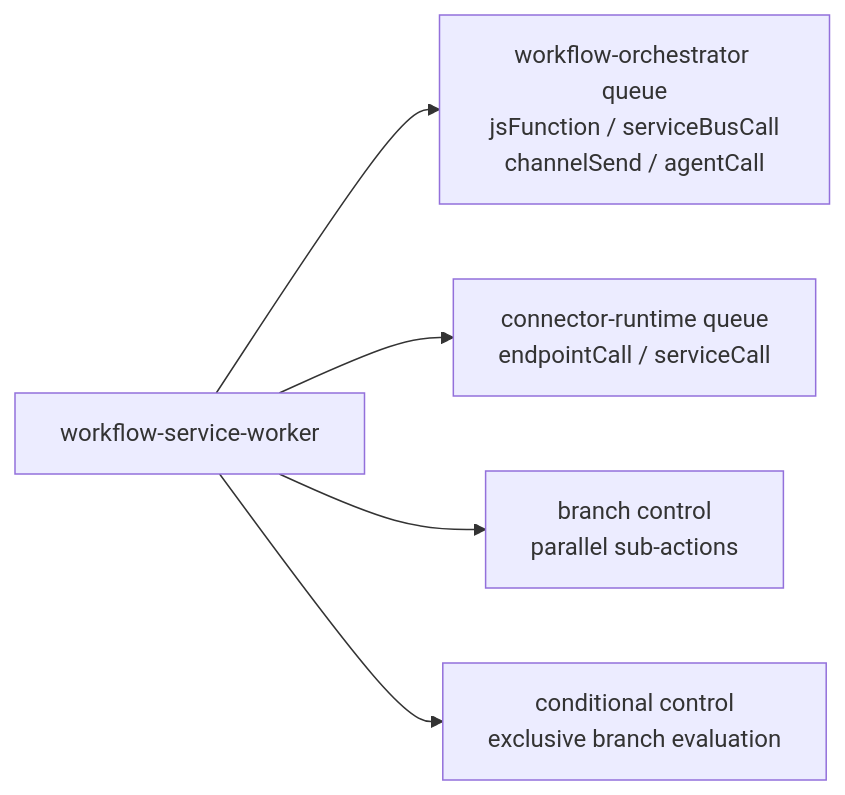
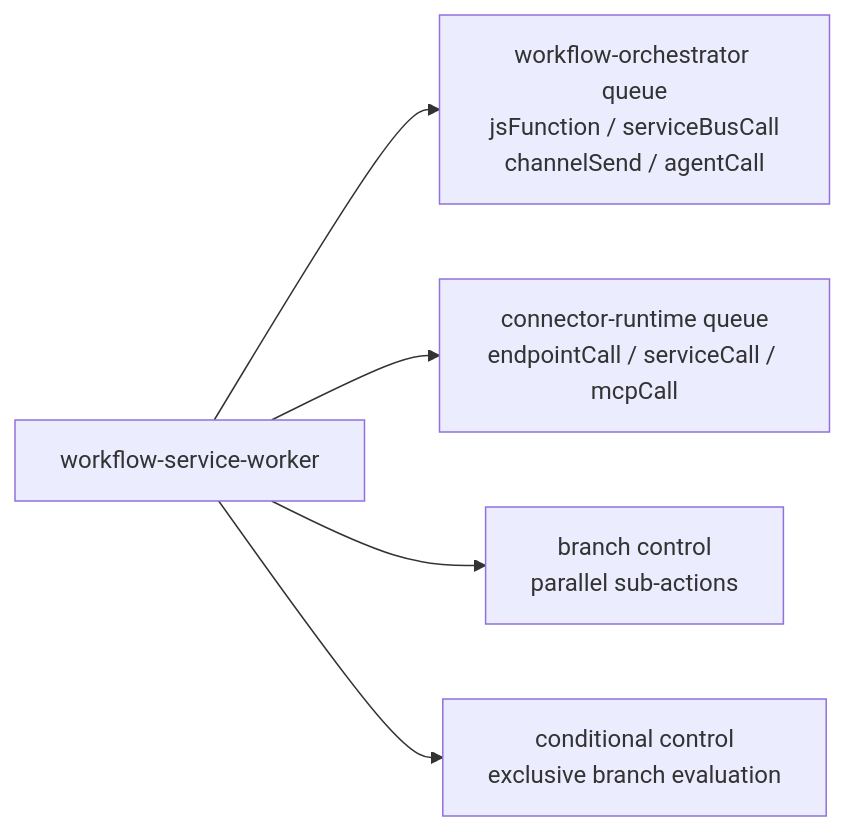
One commit to ccarnero/colloqui changed the second of 3 diagrams in DOCS/workflows/engine.md. Above: the diagram before and after it, drawn with Mermaid. The commit also changed other lines of this file and 26 other files, not shown here.

````diff
--- a/DOCS/workflows/engine.md
+++ b/DOCS/workflows/engine.md
@@ -73,8 +76,8 @@
 ```mermaid
 flowchart LR
     wfw[workflow-service-worker]
     wfw --> local[workflow-orchestrator queue\njsFunction / serviceBusCall\nchannelSend / agentCall]
-    wfw --> crt[connector-runtime queue\nendpointCall / serviceCall]
+    wfw --> crt[connector-runtime queue\nendpointCall / serviceCall / mcpCall]
     wfw --> branch[branch control\nparallel sub-actions]
     wfw --> cond[conditional control\nexclusive branch evaluation]
 ```
````
